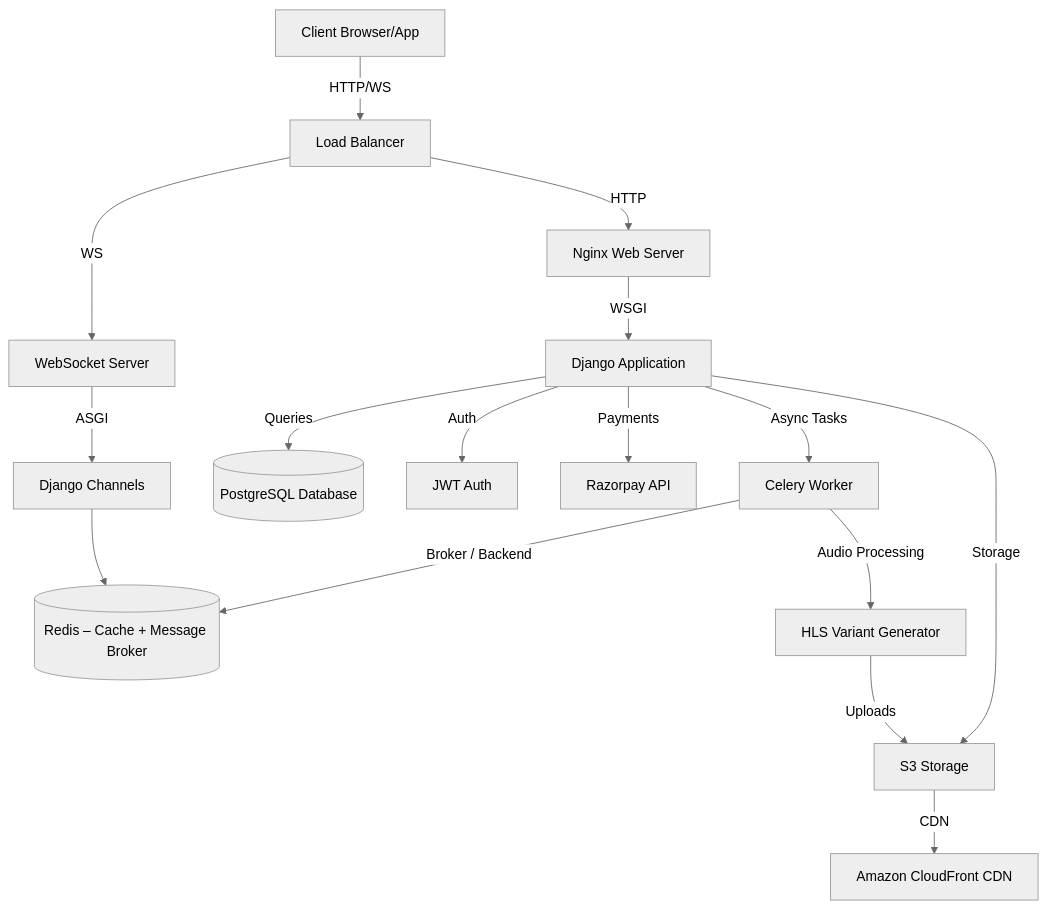
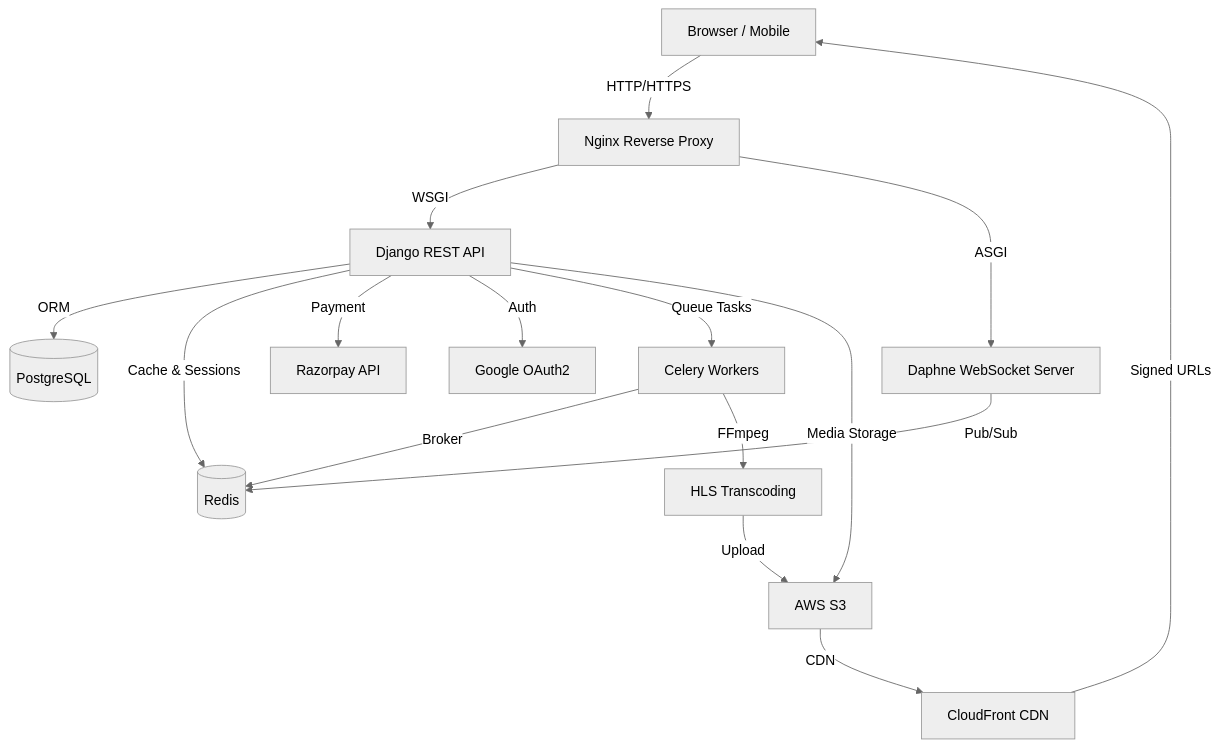
Before and after one commit to affilpm/wave: the first of 3 diagrams in README.md, drawn with Mermaid (neutral theme). The commit also changed other lines of this file and 1 other file, not shown here.

Commit message:
docs: overhaul README with architecture and tech details; ui: fix 'Show all' button visibility on home sections

````diff
--- a/README.md
+++ b/README.md
@@ -164,18 +141,18 @@
 ```mermaid
 graph TD
-    Client[Client Browser/App] --> |HTTP/WS| LoadBalancer[Load Balancer]
-    LoadBalancer --> |HTTP| WebServer[Nginx Web Server]
-    LoadBalancer --> |WS| WSServer[WebSocket Server]
-    WebServer --> |WSGI| DjangoApp[Django Application]
-    WSServer --> |ASGI| Channels[Django Channels]
-    DjangoApp --> |Queries| PostgreSQL[(PostgreSQL Database)]
-    DjangoApp --> |Auth| JWT[JWT Auth]
-    DjangoApp --> |Payments| Razorpay[Razorpay API]
-    DjangoApp --> |Storage| S3[S3 Storage]
-    DjangoApp --> |Async Tasks| Celery[Celery Worker]
-    Celery --> |Broker / Backend| Redis[(Redis – Cache + Message Broker)]
-    Celery --> |Audio Processing| HLS[HLS Variant Generator]
-    HLS --> |Uploads| S3
-    S3 --> |CDN| CloudFront[Amazon CloudFront CDN]
-    Channels --> Redis
+    Client[Browser / Mobile] -->|HTTP/HTTPS| Nginx[Nginx Reverse Proxy]
+    Nginx -->|WSGI| Django[Django REST API]
+    Nginx -->|ASGI| Daphne[Daphne WebSocket Server]
+    Django -->|ORM| PostgreSQL[(PostgreSQL)]
+    Django -->|Cache & Sessions| Redis[(Redis)]
+    Django -->|Payment| Razorpay[Razorpay API]
+    Django -->|Auth| Google[Google OAuth2]
+    Django -->|Queue Tasks| Celery[Celery Workers]
+    Celery -->|Broker| Redis
+    Celery -->|FFmpeg| HLS[HLS Transcoding]
+    HLS -->|Upload| S3[AWS S3]
+    S3 -->|CDN| CloudFront[CloudFront CDN]
+    Daphne -->|Pub/Sub| Redis
+    Django -->|Media Storage| S3
+    CloudFront -->|Signed URLs| Client
 ```
````
